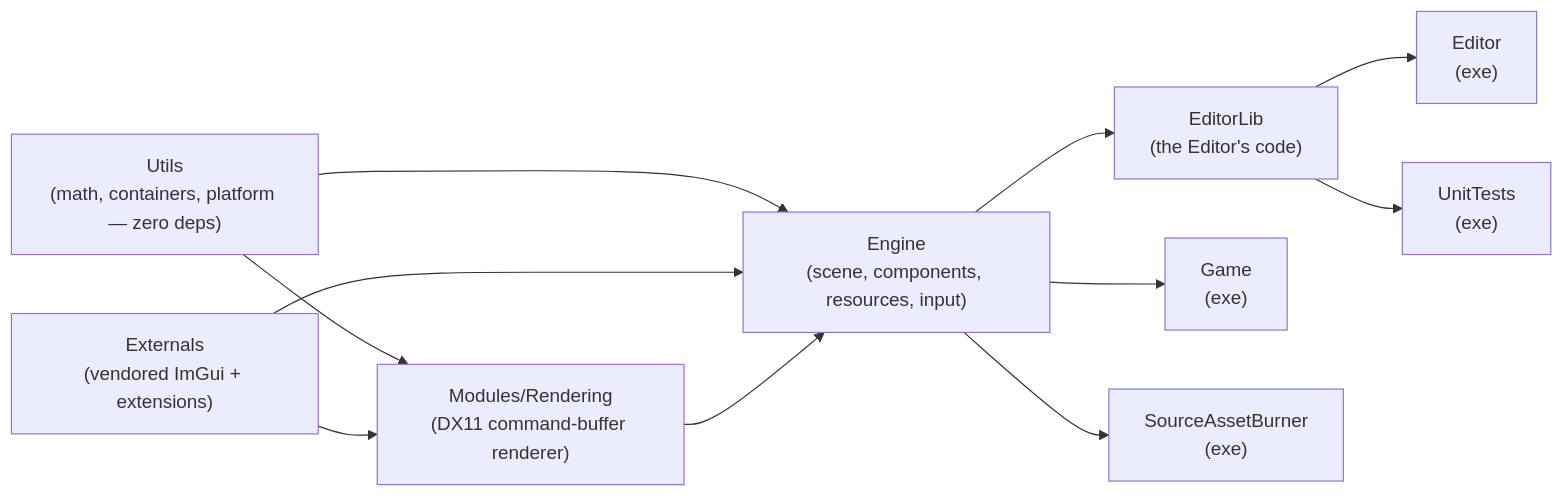
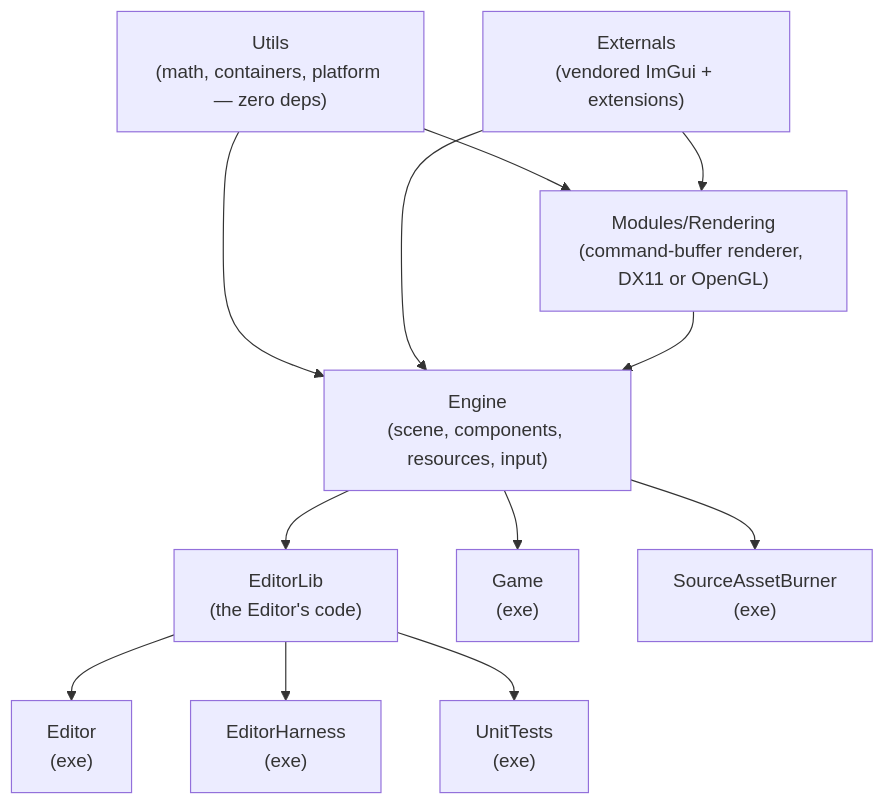
The first of 3 diagrams in Docs/Generated/Engine/index.md (b1nary0/RZE), drawn with Mermaid before and after one commit. The commit also changed other lines of this file and 4 other files, not shown here.

````diff
--- a/Docs/Generated/Engine/index.md
+++ b/Docs/Generated/Engine/index.md
@@ -30,24 +33,26 @@
 ```mermaid
 %%{init: {'flowchart': {'subGraphTitleMargin': {'top': 6, 'bottom': 10}}, 'themeCSS': '.labelBkg, .edgeLabel { background-color: var(--background-primary) !important; } .messageText, .labelText, .loopText { paint-order: stroke; stroke: var(--background-primary); stroke-width: 5px; stroke-linejoin: round; }'}}%%
-graph LR
+flowchart TD
     Utils["Utils<br/>(math, containers, platform — zero deps)"]
     Externals["Externals<br/>(vendored ImGui + extensions)"]
-    Rendering["Modules/Rendering<br/>(DX11 command-buffer renderer)"]
+    Rendering["Modules/Rendering<br/>(command-buffer renderer, DX11 or OpenGL)"]
     Engine["Engine<br/>(scene, components, resources, input)"]
     EditorLib["EditorLib<br/>(the Editor's code)"]
     Editor["Editor<br/>(exe)"]
+    Harness["EditorHarness<br/>(exe)"]
     Tests["UnitTests<br/>(exe)"]
     Game["Game<br/>(exe)"]
     SAB["SourceAssetBurner<br/>(exe)"]
 
     Utils --> Rendering
     Externals --> Rendering
     Utils --> Engine
     Externals --> Engine
     Rendering --> Engine
     Engine --> SAB
     Engine --> EditorLib
     EditorLib --> Editor
+    EditorLib --> Harness
     EditorLib --> Tests
     Engine --> Game
 ```
````
